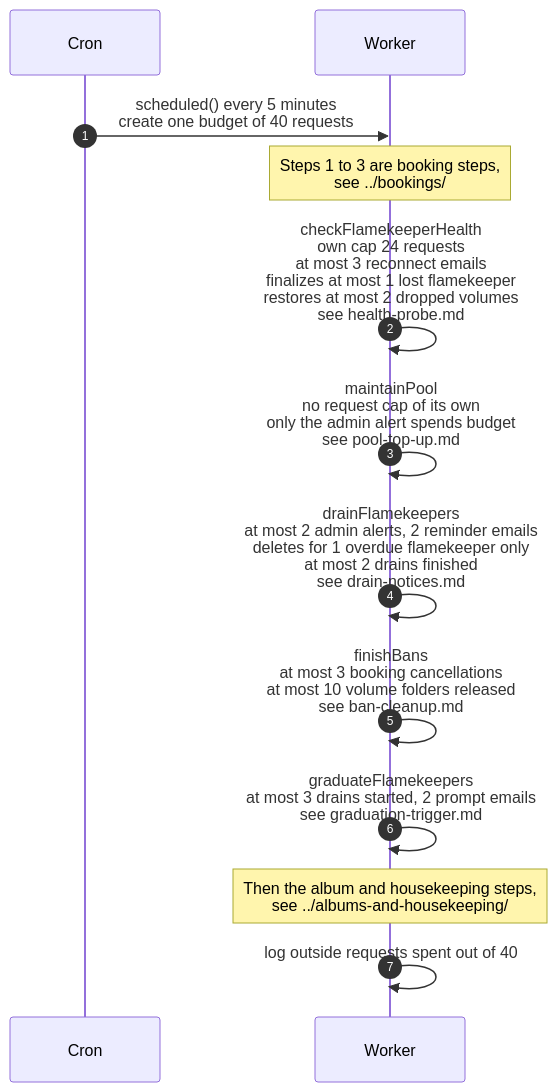
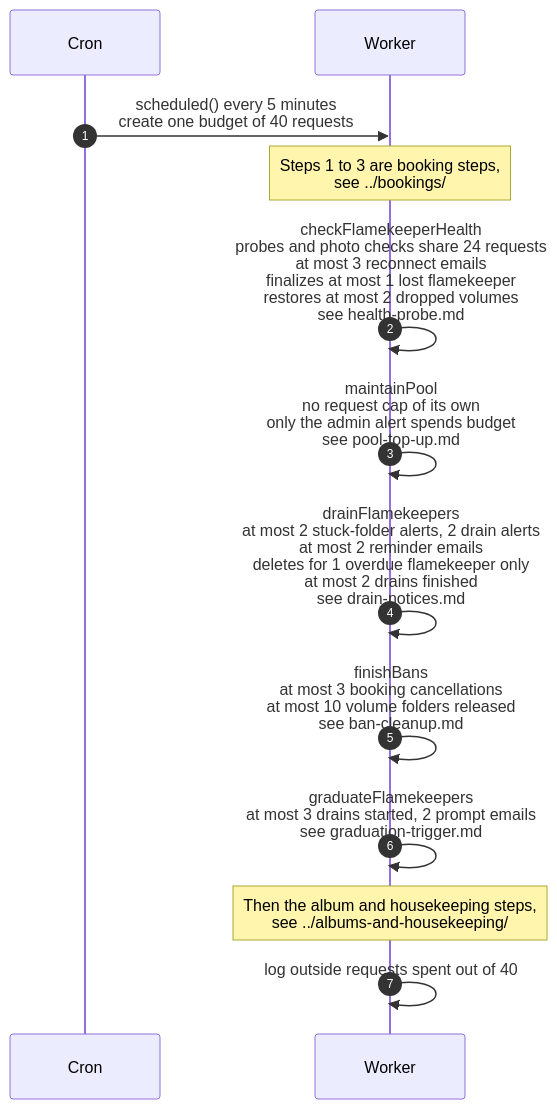
One commit to sagyzdop/meriksirat changed the diagram in docs/scenarios/cron/flamekeepers/steps-and-limits.md. Above: the diagram before and after it, drawn with Mermaid. The commit also changed other lines of this file and 10 other files, not shown here.

Commit message:
docs(scenarios): verify cron/flamekeepers diagrams against code

````diff
--- a/docs/scenarios/cron/flamekeepers/steps-and-limits.md
+++ b/docs/scenarios/cron/flamekeepers/steps-and-limits.md
@@ -34,16 +37,16 @@
 ```mermaid
 sequenceDiagram
     autonumber
     participant Cron
     participant Worker
 
     Cron->>Worker: scheduled() every 5 minutes<br/>create one budget of 40 requests
     Note over Worker: Steps 1 to 3 are booking steps,<br/>see ../bookings/
-    Worker->>Worker: checkFlamekeeperHealth<br/>own cap 24 requests<br/>at most 3 reconnect emails<br/>finalizes at most 1 lost flamekeeper<br/>restores at most 2 dropped volumes<br/>see health-probe.md
+    Worker->>Worker: checkFlamekeeperHealth<br/>probes and photo checks share 24 requests<br/>at most 3 reconnect emails<br/>finalizes at most 1 lost flamekeeper<br/>restores at most 2 dropped volumes<br/>see health-probe.md
     Worker->>Worker: maintainPool<br/>no request cap of its own<br/>only the admin alert spends budget<br/>see pool-top-up.md
-    Worker->>Worker: drainFlamekeepers<br/>at most 2 admin alerts, 2 reminder emails<br/>deletes for 1 overdue flamekeeper only<br/>at most 2 drains finished<br/>see drain-notices.md
+    Worker->>Worker: drainFlamekeepers<br/>at most 2 stuck-folder alerts, 2 drain alerts<br/>at most 2 reminder emails<br/>deletes for 1 overdue flamekeeper only<br/>at most 2 drains finished<br/>see drain-notices.md
     Worker->>Worker: finishBans<br/>at most 3 booking cancellations<br/>at most 10 volume folders released<br/>see ban-cleanup.md
     Worker->>Worker: graduateFlamekeepers<br/>at most 3 drains started, 2 prompt emails<br/>see graduation-trigger.md
     Note over Worker: Then the album and housekeeping steps,<br/>see ../albums-and-housekeeping/
     Worker->>Worker: log outside requests spent out of 40
 ```
````
